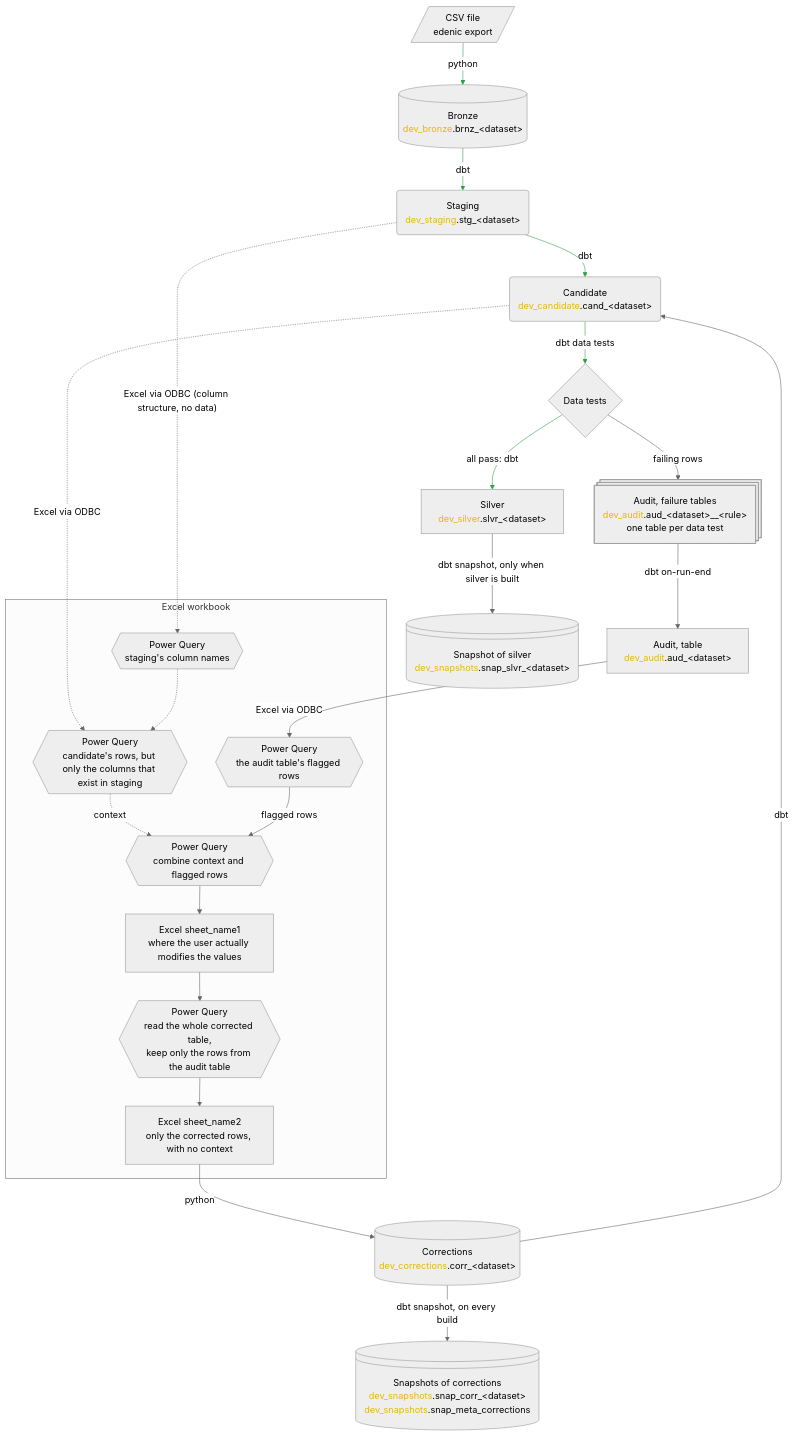
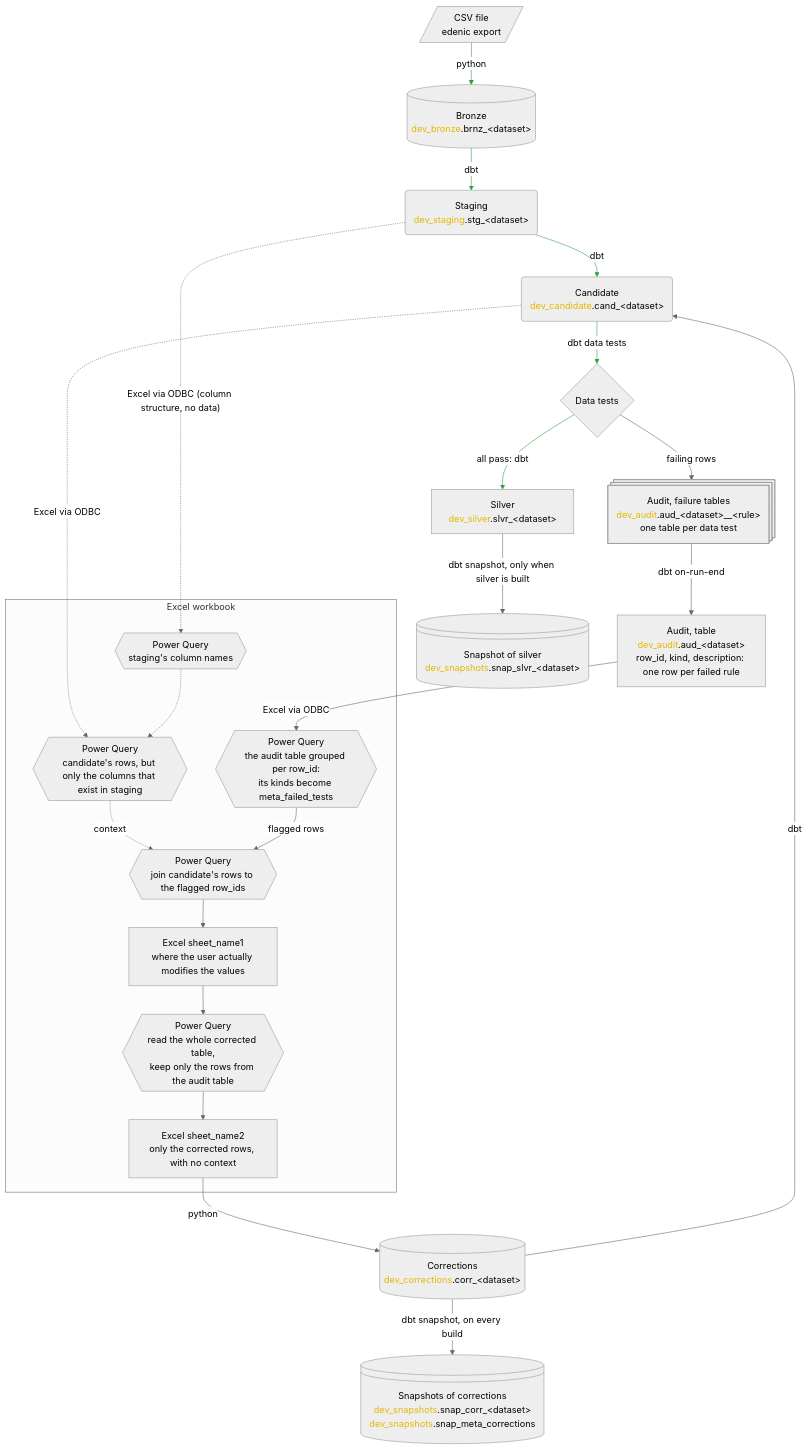
The diagram in docs/DATA_FLOW_DIAGRAM.md (le1douglas/DataWarehouse), drawn with Mermaid (neutral theme) before and after one commit. The commit also changed 7 other files, not shown here.

Commit message:
aud_ table is now a narrow table with  overview of all the failed tests. wide view is derived in excel

````diff
--- a/docs/DATA_FLOW_DIAGRAM.md
+++ b/docs/DATA_FLOW_DIAGRAM.md
@@ -5,47 +5,47 @@
 ```mermaid
 flowchart TD
     csv[/"CSV file<br/>edenic export"/]
     brnz[("Bronze<br/><span style='color: #e6b800'>dev_bronze</span>.brnz_#lt;dataset#gt;")]
     corr[("Corrections<br/><span style='color: #e6b800'>dev_corrections</span>.corr_#lt;dataset#gt;")]
     stg("Staging<br/><span style='color: #e6b800'>dev_staging</span>.stg_#lt;dataset#gt;")
     cand("Candidate<br/><span style='color: #e6b800'>dev_candidate</span>.cand_#lt;dataset#gt;")
     tests{"Data tests"}
     fail@{ shape: st-rect, label: "Audit, failure tables<br/><span style='color: #e6b800'>dev_audit</span>.aud_#lt;dataset#gt;__#lt;rule#gt;<br/>one table per data test" }
-    aud["Audit, table<br/><span style='color: #e6b800'>dev_audit</span>.aud_#lt;dataset#gt;"]
+    aud["Audit, table<br/><span style='color: #e6b800'>dev_audit</span>.aud_#lt;dataset#gt;<br/>row_id, kind, description: one row per failed rule"]
     slvr["Silver<br/><span style='color: #e6b800'>dev_silver</span>.slvr_#lt;dataset#gt;"]
     snapcorr@{ shape: lin-cyl, label: "Snapshots of corrections<br/><span style='color: #e6b800'>dev_snapshots</span>.snap_corr_#lt;dataset#gt;<br/><span style='color: #e6b800'>dev_snapshots</span>.snap_meta_corrections" }
     snapslvr@{ shape: lin-cyl, label: "Snapshot of silver<br/><span style='color: #e6b800'>dev_snapshots</span>.snap_slvr_#lt;dataset#gt;" }
 
     subgraph xlsx["Excel workbook"]
         qcols{{"Power Query<br/>staging's column names"}}
         qcand{{"Power Query<br/>candidate's rows, but only the columns that exist in staging"}}
-        qaud{{"Power Query<br/>the audit table's flagged rows"}}
-        comb{{"Power Query<br/>combine context and flagged rows"}}
+        qaud{{"Power Query<br/>the audit table grouped per row_id:<br/>its kinds become meta_failed_tests"}}
+        comb{{"Power Query<br/>join candidate's rows to the flagged row_ids"}}
         review["Excel sheet_name1<br/>where the user actually modifies the values"]
         qsel{{"Power Query<br/>read the whole corrected table,<br/>keep only the rows from the audit table"}}
         corrected["Excel sheet_name2<br/>only the corrected rows, with no context"]
     end
 
     csv -->|"python"| brnz
     brnz -->|"dbt"| stg
     stg -->|"dbt"| cand
     corr -->|"dbt"| cand
     cand -->|"dbt data tests"| tests
     tests -->|"all pass: dbt"| slvr
     tests -->|"failing rows"| fail
     fail -->|"dbt on-run-end"| aud
     stg -.->|"Excel via ODBC (column structure, no data)"| qcols
     cand -.->|"Excel via ODBC"| qcand
     aud -->|"Excel via ODBC"| qaud
     qcols -.-> qcand
     qcand -.->|"context"| comb
     qaud -->|"flagged rows"| comb
     comb --> review
     review --> qsel
     qsel --> corrected
     corrected -->|"python"| corr
     corr -->|"dbt snapshot, on every build"| snapcorr
     slvr -->|"dbt snapshot, only when silver is built"| snapslvr
 
     linkStyle 0,1,2,4,5 stroke:#2e9e44
 ```
````
